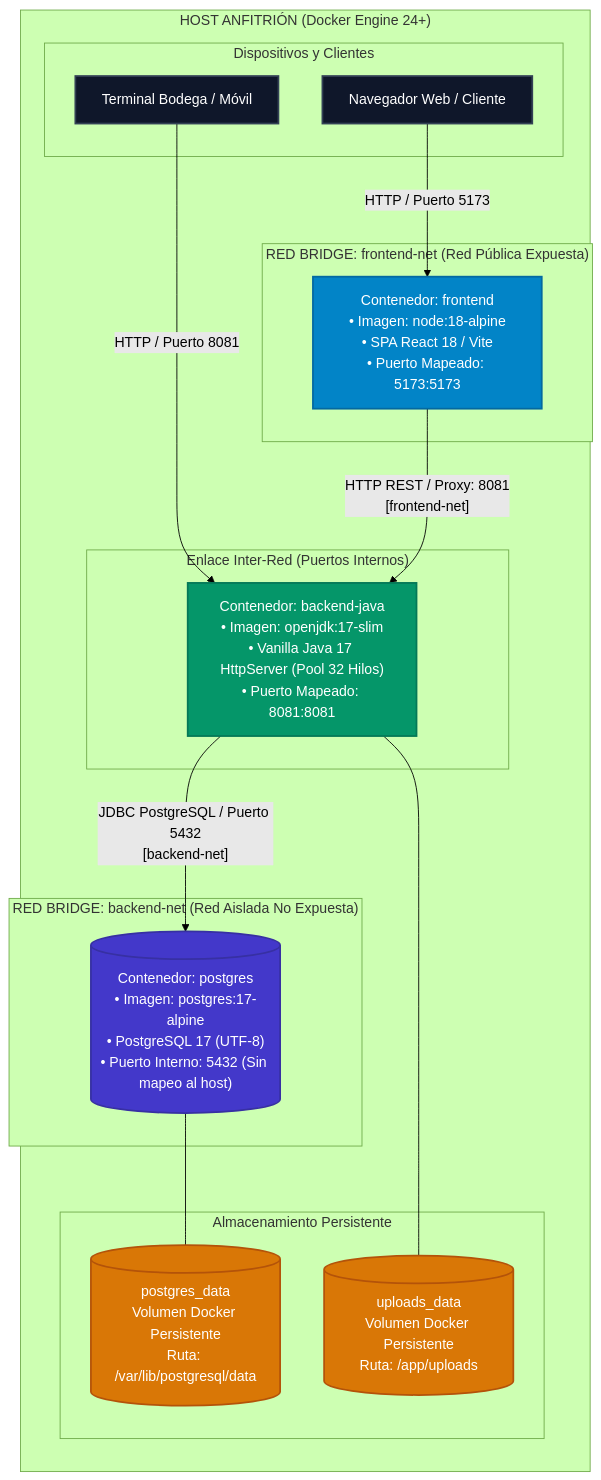
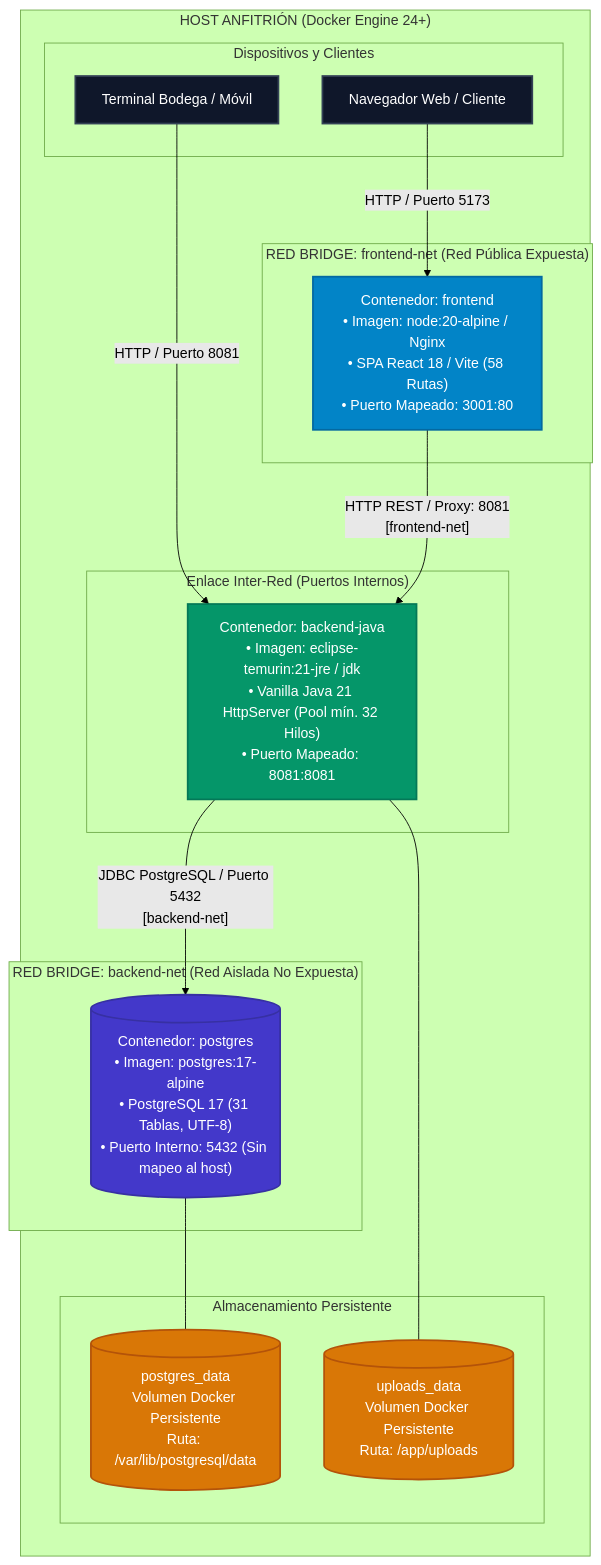
One commit to Jhonmoreno000/PROYECTO-SENA-TIENDA-TEXTIL- changed the diagram in documentacion/06-manual-tecnico-instalacion-y-despliegue.md. Above: the diagram before and after it, drawn with Mermaid (forest theme). The commit also changed other lines of this file and 2 other files, not shown here.

Commit message:
docs(arquitectura): actualizar C4 backend Java 21, frontend 58 rutas y teoria del color

````diff
--- a/documentacion/06-manual-tecnico-instalacion-y-despliegue.md
+++ b/documentacion/06-manual-tecnico-instalacion-y-despliegue.md
@@ -42,43 +42,43 @@
 ```mermaid
 flowchart TD
     classDef hostStyle fill:#0f172a,stroke:#334155,stroke-width:2px,color:#ffffff,font-family:sans-serif;
     classDef frontStyle fill:#0284c7,stroke:#0369a1,stroke-width:2px,color:#ffffff,font-family:sans-serif;
     classDef backStyle fill:#059669,stroke:#047857,stroke-width:2px,color:#ffffff,font-family:sans-serif;
     classDef dbStyle fill:#4338ca,stroke:#3730a3,stroke-width:2px,color:#ffffff,font-family:sans-serif;
     classDef volStyle fill:#d97706,stroke:#b45309,stroke-width:2px,color:#ffffff,font-family:sans-serif;
 
     subgraph Host ["HOST ANFITRIÓN (Docker Engine 24+)"]
         direction TB
 
         subgraph ClientesExternos ["Dispositivos y Clientes"]
             UserWeb["Navegador Web / Cliente"]:::hostStyle
             UserApp["Terminal Bodega / Móvil"]:::hostStyle
         end
 
         subgraph RedFrontend ["RED BRIDGE: frontend-net (Red Pública Expuesta)"]
-            ContFrontend["Contenedor: frontend<br/>• Imagen: node:18-alpine<br/>• SPA React 18 / Vite<br/>• Puerto Mapeado: 5173:5173"]:::frontStyle
+            ContFrontend["Contenedor: frontend<br/>• Imagen: node:20-alpine / Nginx<br/>• SPA React 18 / Vite (58 Rutas)<br/>• Puerto Mapeado: 3001:80"]:::frontStyle
         end
 
         subgraph RedesCompartidas ["Enlace Inter-Red (Puertos Internos)"]
-            ContBackend["Contenedor: backend-java<br/>• Imagen: openjdk:17-slim<br/>• Vanilla Java 17 HttpServer (Pool 32 Hilos)<br/>• Puerto Mapeado: 8081:8081"]:::backStyle
+            ContBackend["Contenedor: backend-java<br/>• Imagen: eclipse-temurin:21-jre / jdk<br/>• Vanilla Java 21 HttpServer (Pool mín. 32 Hilos)<br/>• Puerto Mapeado: 8081:8081"]:::backStyle
         end
 
         subgraph RedBackend ["RED BRIDGE: backend-net (Red Aislada No Expuesta)"]
-            ContPostgres[("Contenedor: postgres<br/>• Imagen: postgres:17-alpine<br/>• PostgreSQL 17 (UTF-8)<br/>• Puerto Interno: 5432 (Sin mapeo al host)")]:::dbStyle
+            ContPostgres[("Contenedor: postgres<br/>• Imagen: postgres:17-alpine<br/>• PostgreSQL 17 (31 Tablas, UTF-8)<br/>• Puerto Interno: 5432 (Sin mapeo al host)")]:::dbStyle
         end
 
         subgraph VolumenesDocker ["Almacenamiento Persistente"]
             VolData[("postgres_data<br/>Volumen Docker Persistente<br/>Ruta: /var/lib/postgresql/data")]:::volStyle
             VolUploads[("uploads_data<br/>Volumen Docker Persistente<br/>Ruta: /app/uploads")]:::volStyle
         end
     end
 
     UserWeb -->|"HTTP / Puerto 5173"| ContFrontend
     UserApp -->|"HTTP / Puerto 8081"| ContBackend
 
     ContFrontend -->|"HTTP REST / Proxy: 8081<br/>[frontend-net]"| ContBackend
     ContBackend -->|"JDBC PostgreSQL / Puerto 5432<br/>[backend-net]"| ContPostgres
 
     ContPostgres --- VolData
     ContBackend --- VolUploads
 ```
````
